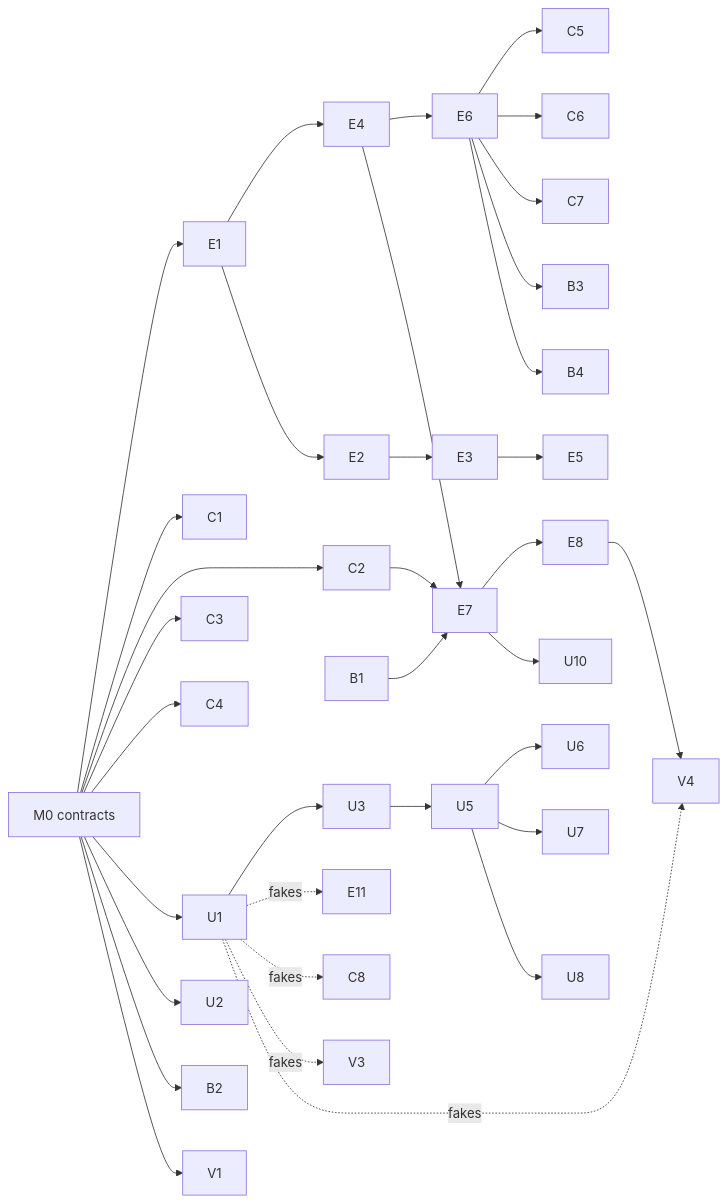
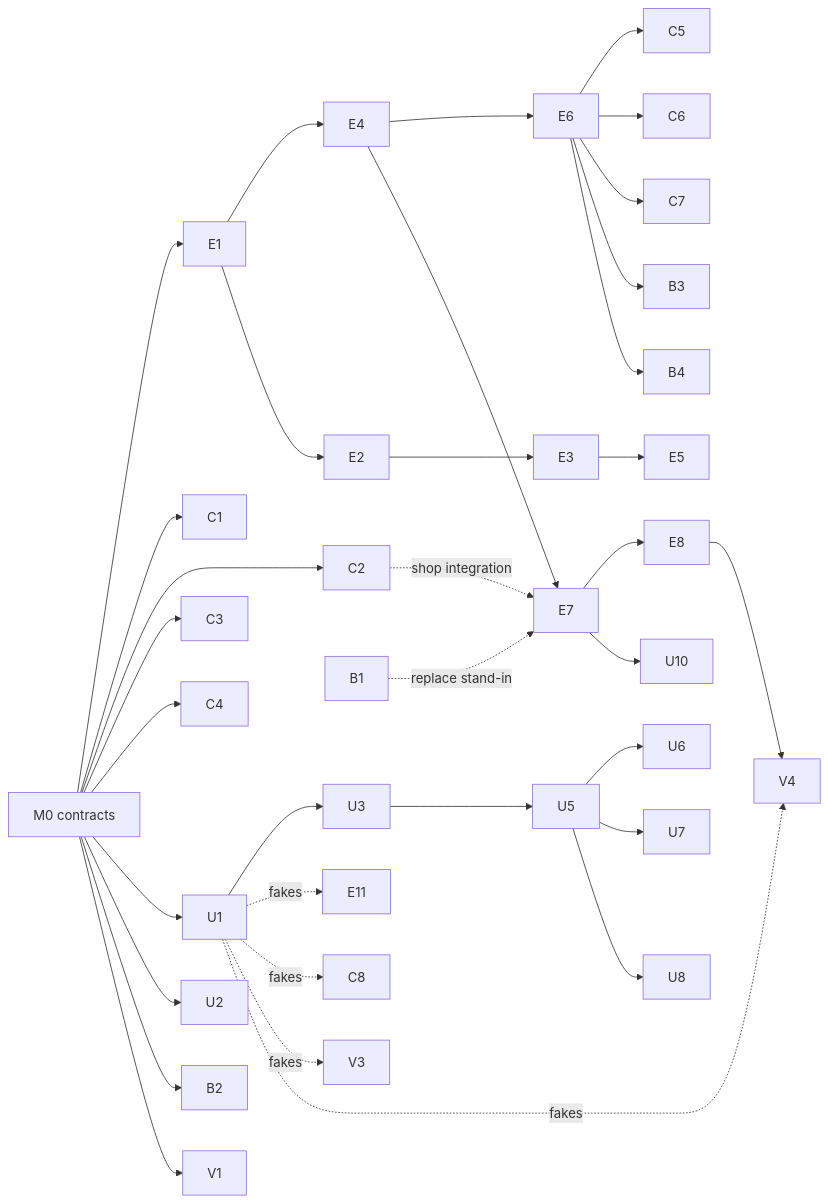
The diagram in ROADMAP.md (Seleis36/king-of-xitter), drawn with Mermaid before and after one commit. The commit also changed other lines of this file and 16 other files, not shown here.

````diff
--- a/ROADMAP.md
+++ b/ROADMAP.md
@@ -332,13 +332,13 @@
 ```mermaid
 flowchart LR
   M0[M0 contracts] --> E1 --> E4 --> E6
   E1 --> E2 --> E3 --> E5
   E4 --> E7 --> E8 --> V4
-  C2 --> E7
+  C2 -. shop integration .-> E7
   E6 --> C5 & C6 & C7 & B3 & B4
-  B1 --> E7
+  B1 -. replace stand-in .-> E7
   E7 --> U10
   M0 --> C1 & C2 & C3 & C4 & U1 & U2 & B2 & V1
   U1 --> U3 --> U5 --> U6 & U7 & U8
   U1 -. fakes .-> E11 & C8 & V3 & V4
 ```
````
